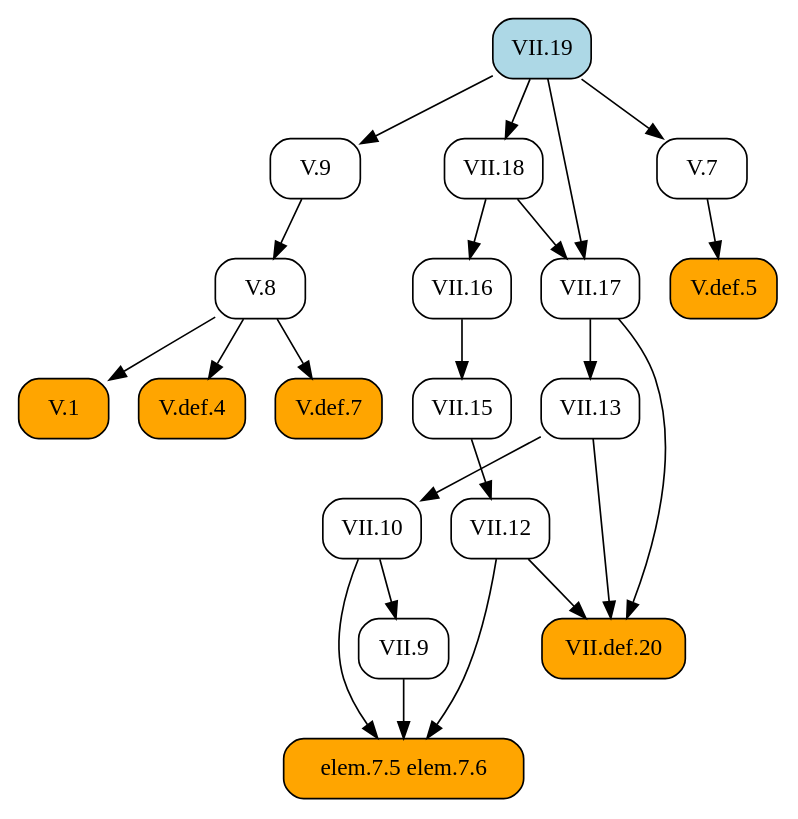
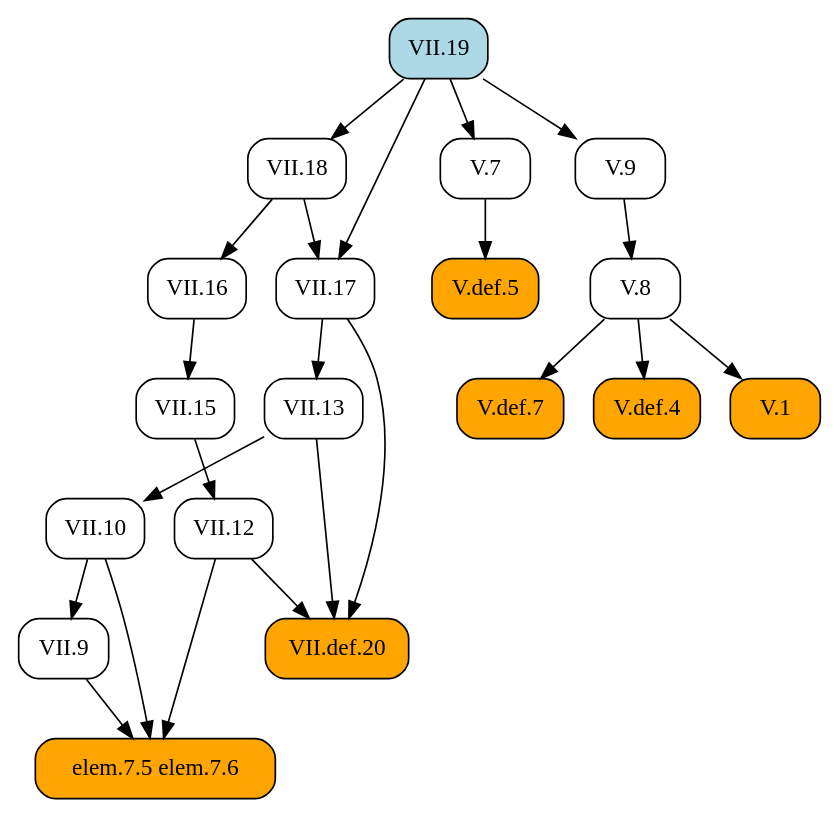
One commit to geometor/elements changed the diagram in docsrc/heath/VII/19/index.rst. Above: the diagram before and after it, drawn with Graphviz. The commit also changed other lines of this file and 484 other files, not shown here.

```diff
--- a/docsrc/heath/VII/19/index.rst
+++ b/docsrc/heath/VII/19/index.rst
@@ -68,46 +68,46 @@
 .. graphviz::
 
    digraph {
      rankdir="TB";
      node [shape=box, style=rounded];
-     "V.8" [URL="/heath/V/8/", target="_top"];
-     "VII.10" [URL="/heath/VII/10/", target="_top"];
+     "VII.12" [URL="/heath/VII/12/", target="_top"];
+     "elem.7.5 elem.7.6" [style="rounded,filled", fillcolor=orange];
+     "V.def.7" [style="rounded,filled", fillcolor=orange, URL="/heath/V/def.7/", target="_top"];
      "VII.9" [URL="/heath/VII/9/", target="_top"];
      "VII.18" [URL="/heath/VII/18/", target="_top"];
+     "VII.16" [URL="/heath/VII/16/", target="_top"];
+     "V.7" [URL="/heath/V/7/", target="_top"];
      "V.def.5" [style="rounded,filled", fillcolor=orange, URL="/heath/V/def.5/", target="_top"];
-     "VII.19" [style="rounded,filled", fillcolor=lightblue, URL="/heath/VII/19/", target="_top"];
-     "VII.16" [URL="/heath/VII/16/", target="_top"];
+     "V.def.4" [style="rounded,filled", fillcolor=orange, URL="/heath/V/def.4/", target="_top"];
+     "V.9" [URL="/heath/V/9/", target="_top"];
+     "VII.10" [URL="/heath/VII/10/", target="_top"];
+     "V.8" [URL="/heath/V/8/", target="_top"];
+     "VII.13" [URL="/heath/VII/13/", target="_top"];
      "V.1" [style="rounded,filled", fillcolor=orange, URL="/heath/V/1/", target="_top"];
      "VII.17" [URL="/heath/VII/17/", target="_top"];
-     "elem.7.5 elem.7.6" [style="rounded,filled", fillcolor=orange];
-     "V.7" [URL="/heath/V/7/", target="_top"];
-     "V.9" [URL="/heath/V/9/", target="_top"];
-     "V.def.4" [style="rounded,filled", fillcolor=orange, URL="/heath/V/def.4/", target="_top"];
-     "VII.13" [URL="/heath/VII/13/", target="_top"];
-     "V.def.7" [style="rounded,filled", fillcolor=orange, URL="/heath/V/def.7/", target="_top"];
-     "VII.12" [URL="/heath/VII/12/", target="_top"];
+     "VII.19" [style="rounded,filled", fillcolor=lightblue, URL="/heath/VII/19/", target="_top"];
+     "VII.def.20" [style="rounded,filled", fillcolor=orange, URL="/heath/VII/def.20/", target="_top"];
      "VII.15" [URL="/heath/VII/15/", target="_top"];
-     "VII.def.20" [style="rounded,filled", fillcolor=orange, URL="/heath/VII/def.20/", target="_top"];
-     "V.9" -> "V.8";
-     "VII.13" -> "VII.10";
+     "VII.15" -> "VII.12";
+     "VII.9" -> "elem.7.5 elem.7.6";
+     "VII.10" -> "elem.7.5 elem.7.6";
+     "VII.12" -> "elem.7.5 elem.7.6";
+     "V.8" -> "V.def.7";
      "VII.10" -> "VII.9";
      "VII.19" -> "VII.18";
+     "VII.18" -> "VII.16";
+     "VII.19" -> "V.7";
      "V.7" -> "V.def.5";
-     "VII.18" -> "VII.16";
+     "V.8" -> "V.def.4";
+     "VII.19" -> "V.9";
+     "VII.13" -> "VII.10";
+     "V.9" -> "V.8";
+     "VII.17" -> "VII.13";
      "V.8" -> "V.1";
      "VII.18" -> "VII.17";
      "VII.19" -> "VII.17";
-     "VII.9" -> "elem.7.5 elem.7.6";
-     "VII.10" -> "elem.7.5 elem.7.6";
-     "VII.12" -> "elem.7.5 elem.7.6";
-     "VII.19" -> "V.7";
-     "VII.19" -> "V.9";
-     "V.8" -> "V.def.4";
-     "VII.17" -> "VII.13";
-     "V.8" -> "V.def.7";
-     "VII.15" -> "VII.12";
-     "VII.16" -> "VII.15";
      "VII.12" -> "VII.def.20";
      "VII.13" -> "VII.def.20";
      "VII.17" -> "VII.def.20";
+     "VII.16" -> "VII.15";
    }
```
